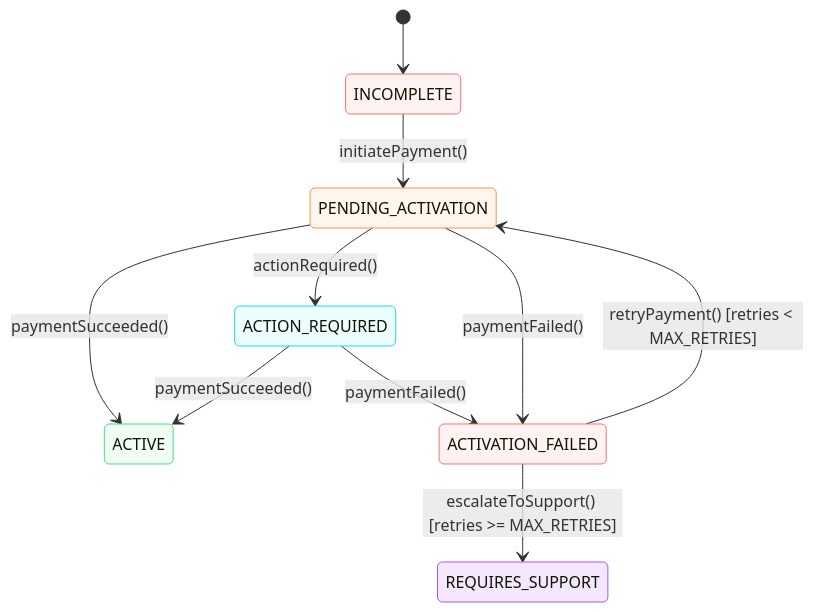
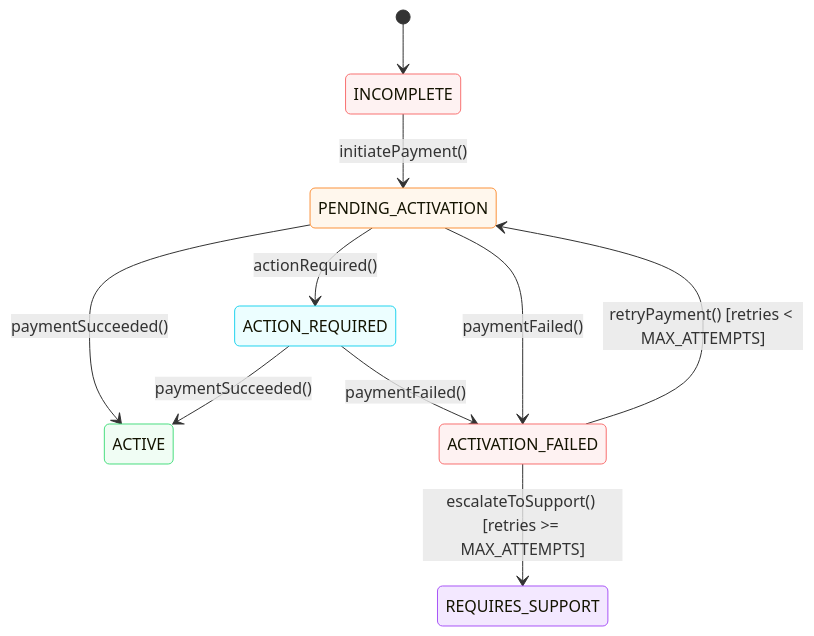
One commit to ginapaal/onboarding changed the second of 2 diagrams in DESIGN.md. Above: the diagram before and after it, drawn with Mermaid. The commit also changed other lines of this file and 7 other files, not shown here.

````diff
--- a/DESIGN.md
+++ b/DESIGN.md
@@ -333,30 +301,30 @@
 ```mermaid
 stateDiagram-v2
    [*] --> INCOMPLETE
 
    INCOMPLETE --> PENDING_ACTIVATION: initiatePayment()
 
    PENDING_ACTIVATION --> ACTIVE: paymentSucceeded()
    PENDING_ACTIVATION --> ACTION_REQUIRED: actionRequired()
    PENDING_ACTIVATION --> ACTIVATION_FAILED: paymentFailed()
 
    ACTION_REQUIRED --> ACTIVE: paymentSucceeded()
    ACTION_REQUIRED --> ACTIVATION_FAILED: paymentFailed()
 
-   ACTIVATION_FAILED --> PENDING_ACTIVATION: retryPayment() [retries < MAX_RETRIES]
-   ACTIVATION_FAILED --> REQUIRES_SUPPORT: escalateToSupport() [retries >= MAX_RETRIES]
+   ACTIVATION_FAILED --> PENDING_ACTIVATION: retryPayment() [retries < MAX_ATTEMPTS]
+   ACTIVATION_FAILED --> REQUIRES_SUPPORT: escalateToSupport() [retries >= MAX_ATTEMPTS]
 
    classDef incomplete fill:#fef2f2,stroke:#f87171
    classDef pending fill:#fff7ed,stroke:#fb923c
    classDef active fill:#f0fdf4,stroke:#4ade80
    classDef actionRequired fill:#ecfeff,stroke:#22d3ee
    classDef failed fill:#fef2f2,stroke:#f87171
    classDef support fill:#f3e8ff,stroke:#a855f7
 
    class INCOMPLETE incomplete
    class PENDING_ACTIVATION pending
    class ACTIVE active
    class ACTION_REQUIRED actionRequired
    class ACTIVATION_FAILED failed
    class REQUIRES_SUPPORT support
 ```
````
